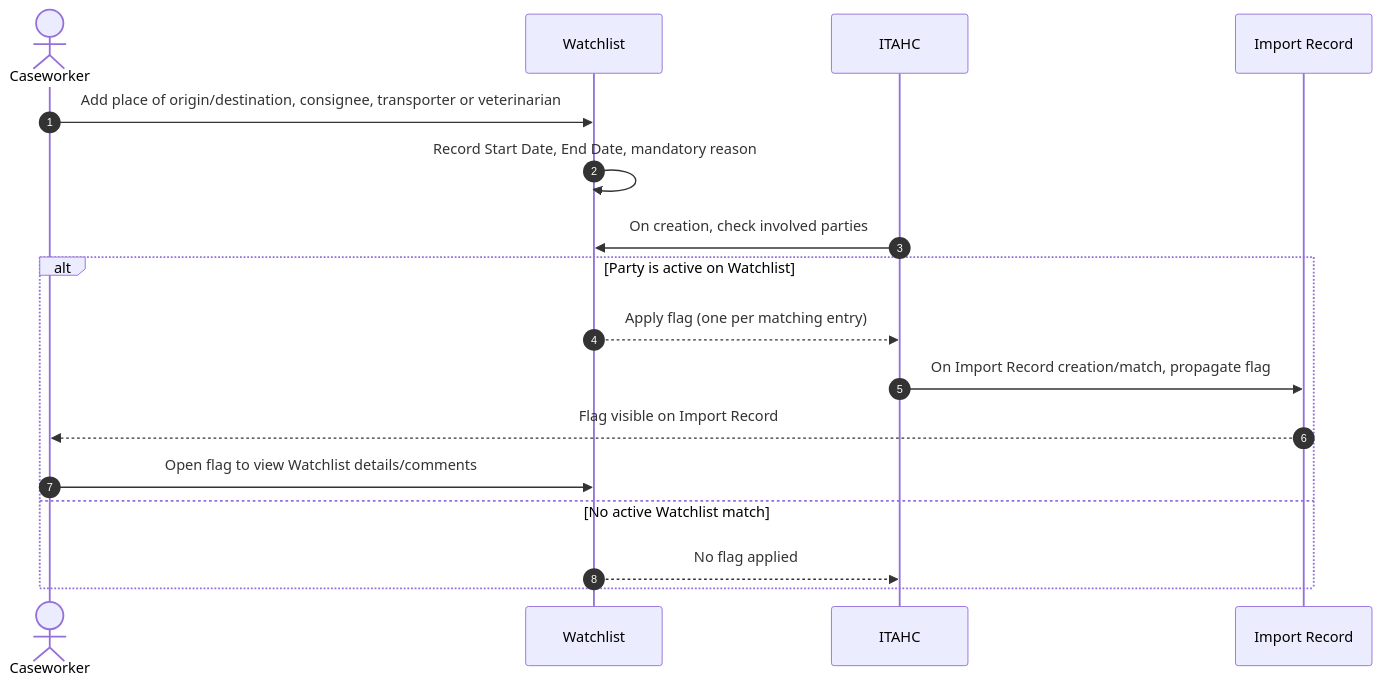
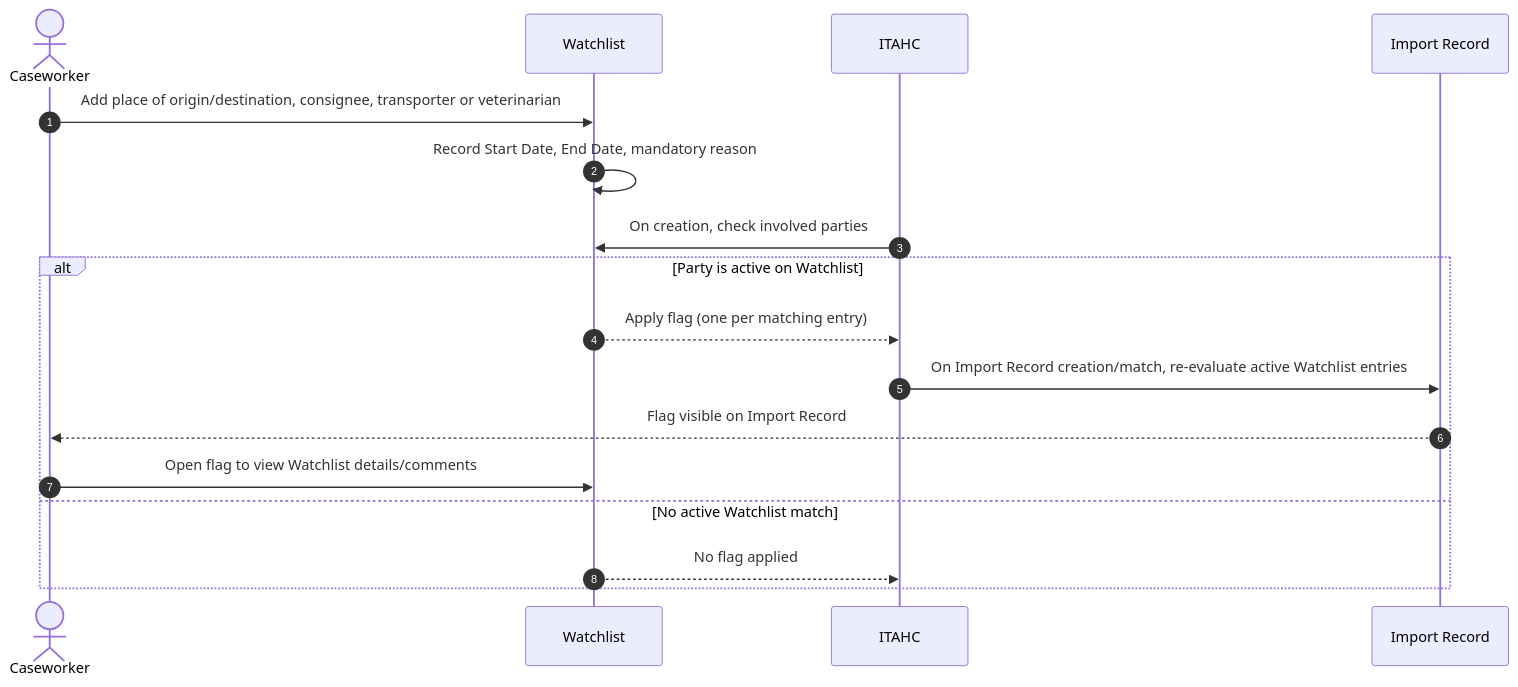
Before and after one commit to DEFRA/trade-imports-pims: the eighth of 8 diagrams in docs/requirements/diagrams/sequence-diagrams.md, drawn with Mermaid.

Commit message:
Potential fix for pull request finding 'Re-evaluate active watchlist entries independently'

````diff
--- a/docs/requirements/diagrams/sequence-diagrams.md
+++ b/docs/requirements/diagrams/sequence-diagrams.md
@@ -209,20 +209,20 @@
 ```mermaid
 sequenceDiagram
     autonumber
     actor CW as Caseworker
     participant WL as Watchlist
     participant ITAHC as ITAHC
     participant IR as Import Record
 
     CW->>WL: Add place of origin/destination, consignee, transporter or veterinarian
     WL->>WL: Record Start Date, End Date, mandatory reason
     ITAHC->>WL: On creation, check involved parties
     alt Party is active on Watchlist
         WL-->>ITAHC: Apply flag (one per matching entry)
-        ITAHC->>IR: On Import Record creation/match, propagate flag
+        ITAHC->>IR: On Import Record creation/match, re-evaluate active Watchlist entries
         IR-->>CW: Flag visible on Import Record
         CW->>WL: Open flag to view Watchlist details/comments
     else No active Watchlist match
         WL-->>ITAHC: No flag applied
     end
 ```
````
